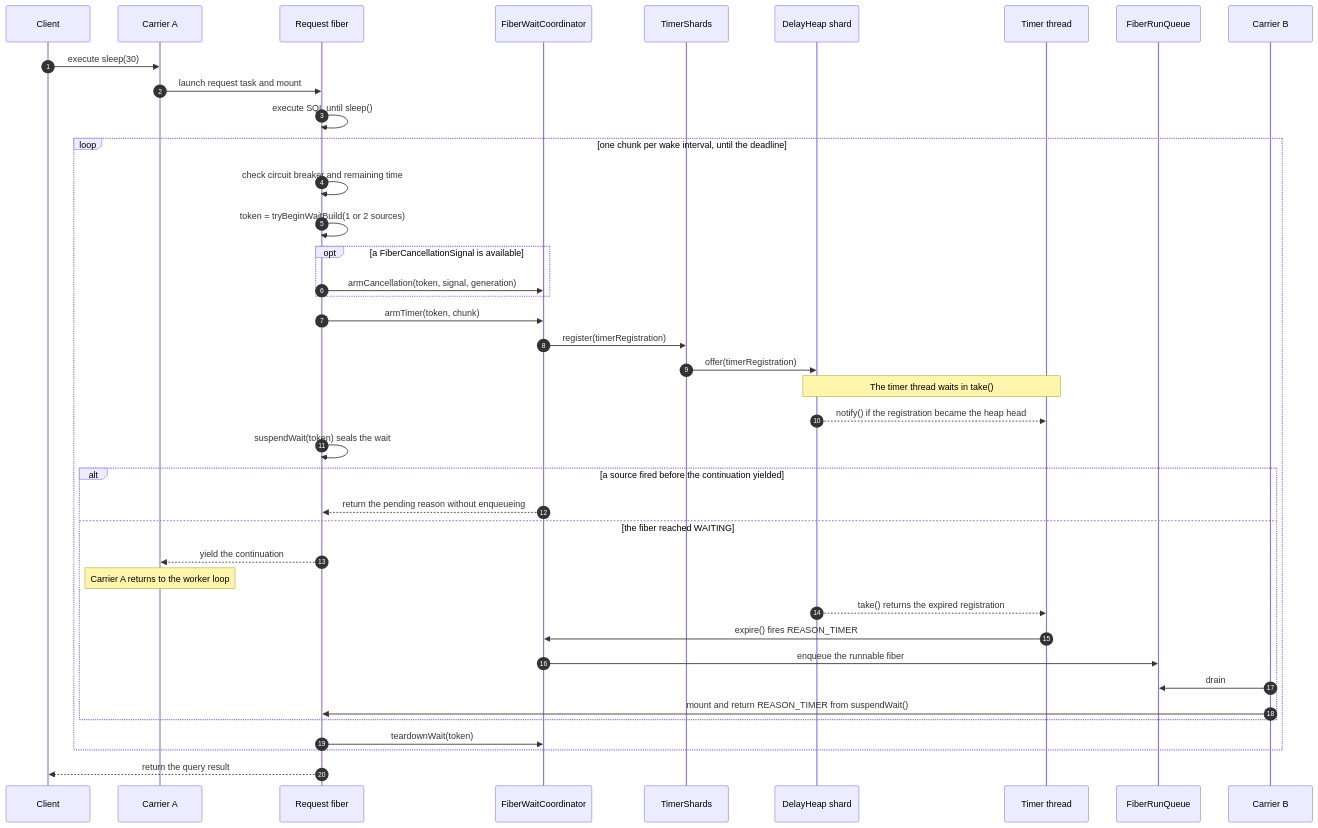
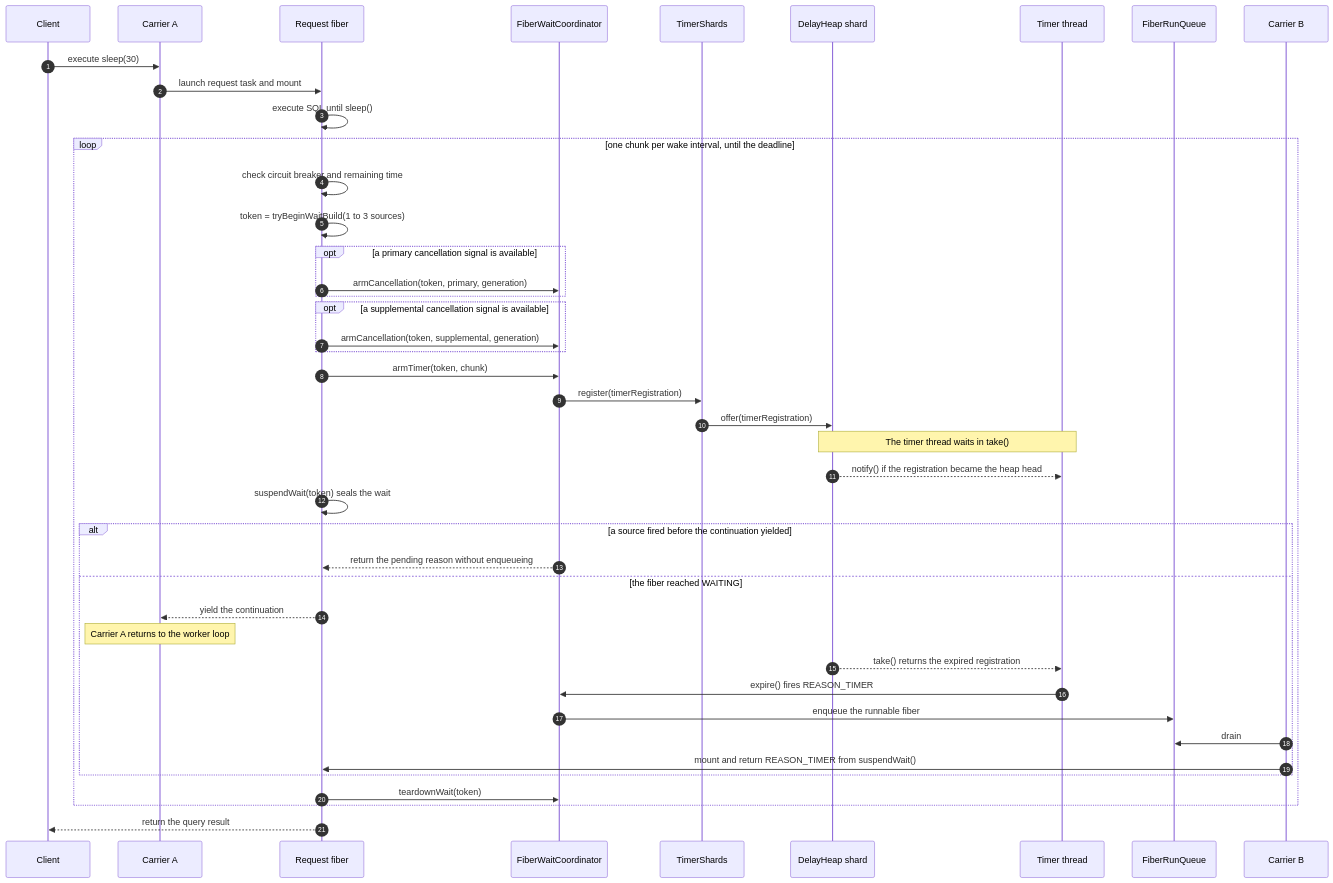
The first of 4 diagrams in core/src/main/java/io/questdb/mp/continuation/DELAY_HEAP.md (questdb/questdb), drawn with Mermaid before and after one commit. The commit also changed other lines of this file and 93 other files, not shown here.

````diff
--- a/core/src/main/java/io/questdb/mp/continuation/DELAY_HEAP.md
+++ b/core/src/main/java/io/questdb/mp/continuation/DELAY_HEAP.md
@@ -60,43 +60,46 @@
 ```mermaid
 sequenceDiagram
     autonumber
     participant CL as Client
     participant CA as Carrier A
     participant F as Request fiber
     participant CO as FiberWaitCoordinator
     participant TS as TimerShards
     participant DH as DelayHeap shard
     participant TT as Timer thread
     participant RQ as FiberRunQueue
     participant CB as Carrier B
 
     CL->>CA: execute sleep(30)
     CA->>F: launch request task and mount
     F->>F: execute SQL until sleep()
     loop one chunk per wake interval, until the deadline
         F->>F: check circuit breaker and remaining time
-        F->>F: token = tryBeginWaitBuild(1 or 2 sources)
-        opt a FiberCancellationSignal is available
-            F->>CO: armCancellation(token, signal, generation)
+        F->>F: token = tryBeginWaitBuild(1 to 3 sources)
+        opt a primary cancellation signal is available
+            F->>CO: armCancellation(token, primary, generation)
+        end
+        opt a supplemental cancellation signal is available
+            F->>CO: armCancellation(token, supplemental, generation)
         end
         F->>CO: armTimer(token, chunk)
         CO->>TS: register(timerRegistration)
         TS->>DH: offer(timerRegistration)
         Note over TT,DH: The timer thread waits in take()
         DH-->>TT: notify() if the registration became the heap head
         F->>F: suspendWait(token) seals the wait
         alt a source fired before the continuation yielded
             CO-->>F: return the pending reason without enqueueing
         else the fiber reached WAITING
             F-->>CA: yield the continuation
             Note over CA: Carrier A returns to the worker loop
             DH-->>TT: take() returns the expired registration
             TT->>CO: expire() fires REASON_TIMER
             CO->>RQ: enqueue the runnable fiber
             CB->>RQ: drain
             CB->>F: mount and return REASON_TIMER from suspendWait()
         end
         F->>CO: teardownWait(token)
     end
     F-->>CL: return the query result
 ```
````
